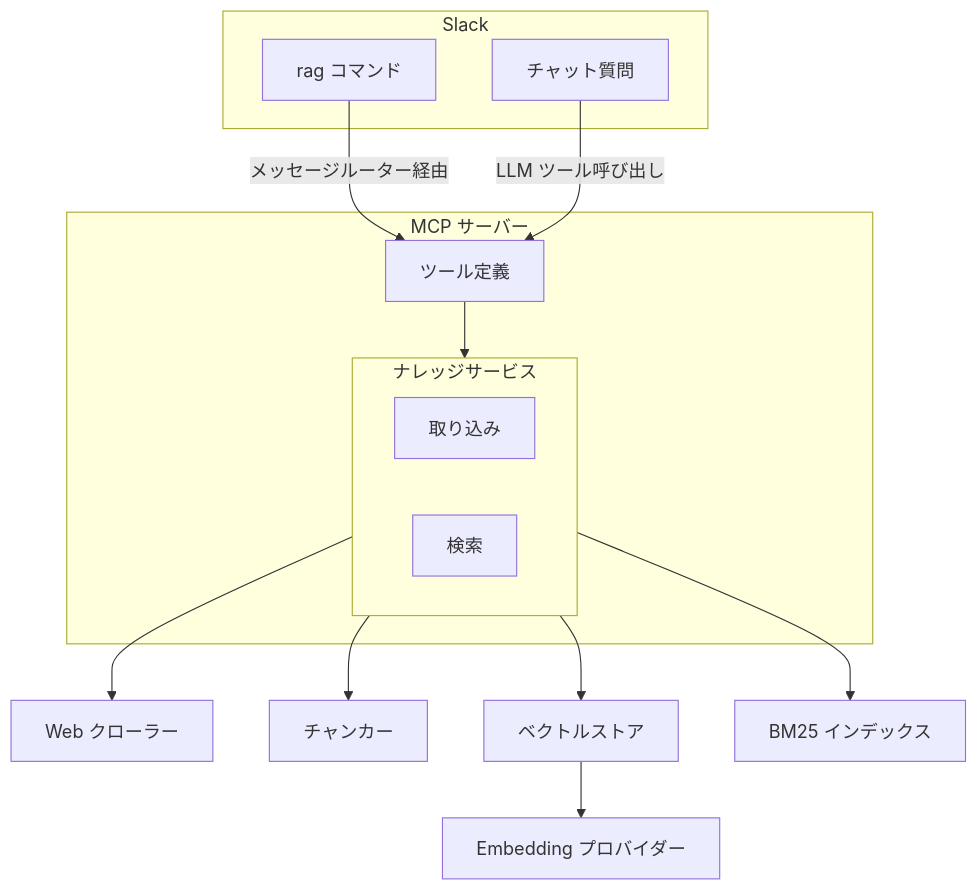
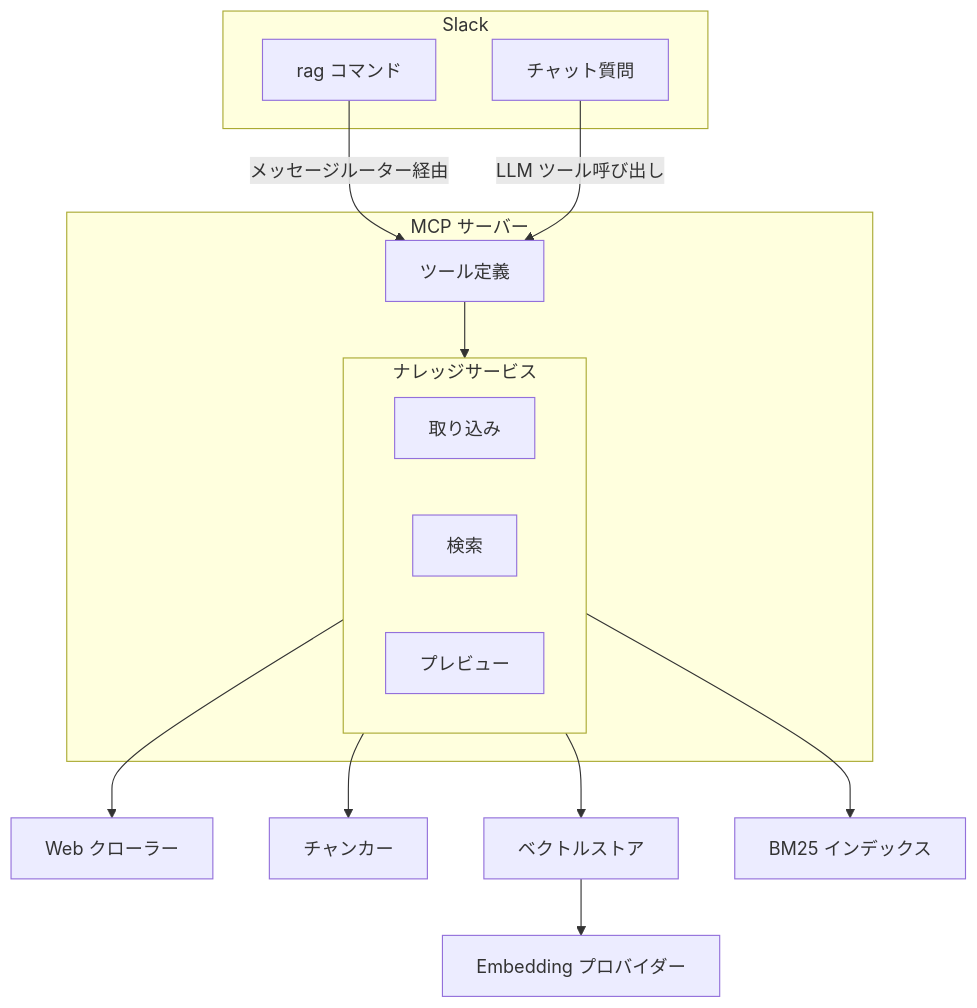
Before and after one commit to becky3/learning-companion: the first of 4 diagrams in docs/specs/infrastructure/rag-knowledge.md, drawn with Mermaid. The commit also changed other lines of this file, not shown here.

````diff
--- a/docs/specs/infrastructure/rag-knowledge.md
+++ b/docs/specs/infrastructure/rag-knowledge.md
@@ -91,30 +147,31 @@
 ```mermaid
 flowchart TB
     subgraph Slack["Slack"]
         CMD["rag コマンド"]
         CHAT["チャット質問"]
     end
 
     subgraph MCP["MCP サーバー"]
         TOOLS["ツール定義"]
         subgraph Service["ナレッジサービス"]
             INGEST["取り込み"]
             RETRIEVE["検索"]
+            PREVIEW["プレビュー"]
         end
     end
 
     CRAWLER["Web クローラー"]
     CHUNKER["チャンカー"]
     VECTOR["ベクトルストア"]
     BM25["BM25 インデックス"]
     EMBED["Embedding プロバイダー"]
 
     CMD -->|"メッセージルーター経由"| TOOLS
     CHAT -->|"LLM ツール呼び出し"| TOOLS
     TOOLS --> Service
     Service --> CRAWLER
     Service --> CHUNKER
     Service --> VECTOR
     Service --> BM25
     VECTOR --> EMBED
 ```
````
